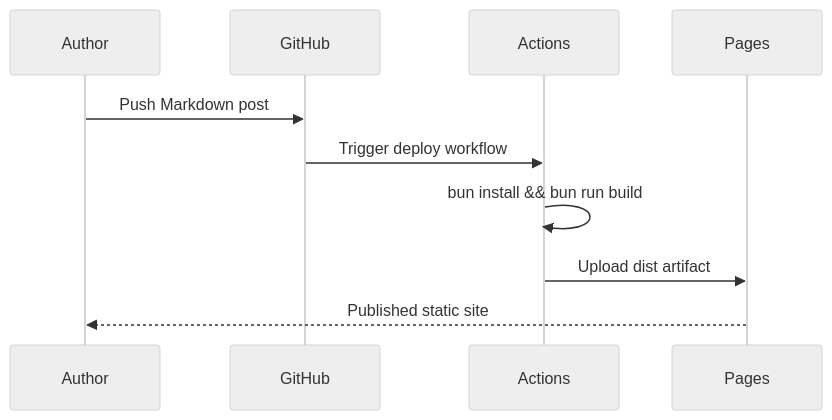
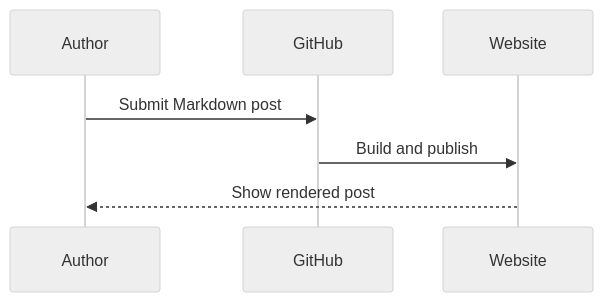
Before and after one commit to NLeSC/blog: the second of 2 diagrams in content/posts/2026-06-11 - integration-showcase/index.md, drawn with Mermaid (neutral theme). The commit also changed other lines of this file and 8 other files, not shown here.

````diff
--- a/content/posts/2026-06-11 - integration-showcase/index.md
+++ b/content/posts/2026-06-11 - integration-showcase/index.md
@@ -66,12 +266,9 @@
 ```mermaid
 sequenceDiagram
   participant Author
   participant GitHub
-  participant Actions
-  participant Pages
-  Author->>GitHub: Push Markdown post
-  GitHub->>Actions: Trigger deploy workflow
-  Actions->>Actions: bun install && bun run build
-  Actions->>Pages: Upload dist artifact
-  Pages-->>Author: Published static site
+  participant Website
+  Author->>GitHub: Submit Markdown post
+  GitHub->>Website: Build and publish
+  Website-->>Author: Show rendered post
 ```
````
